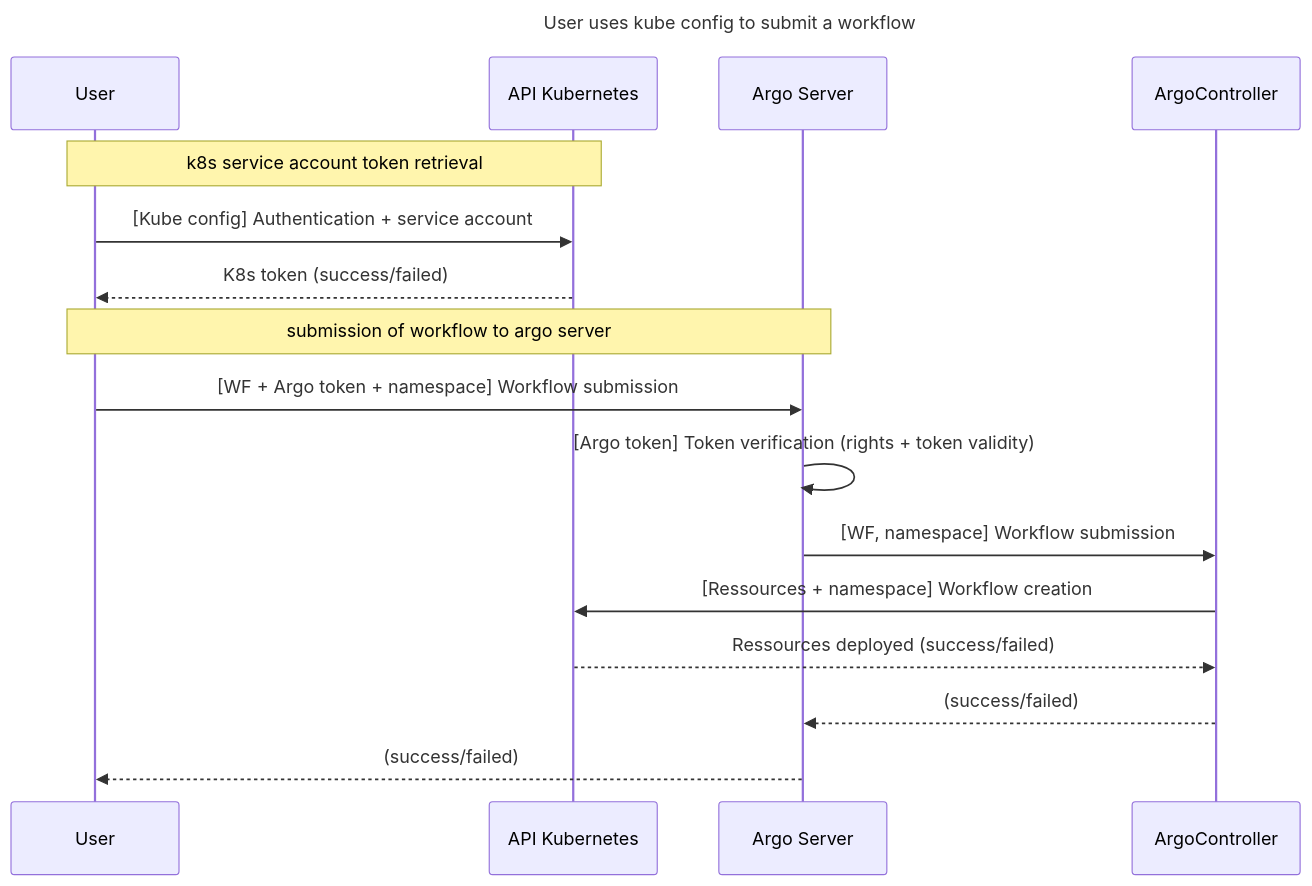
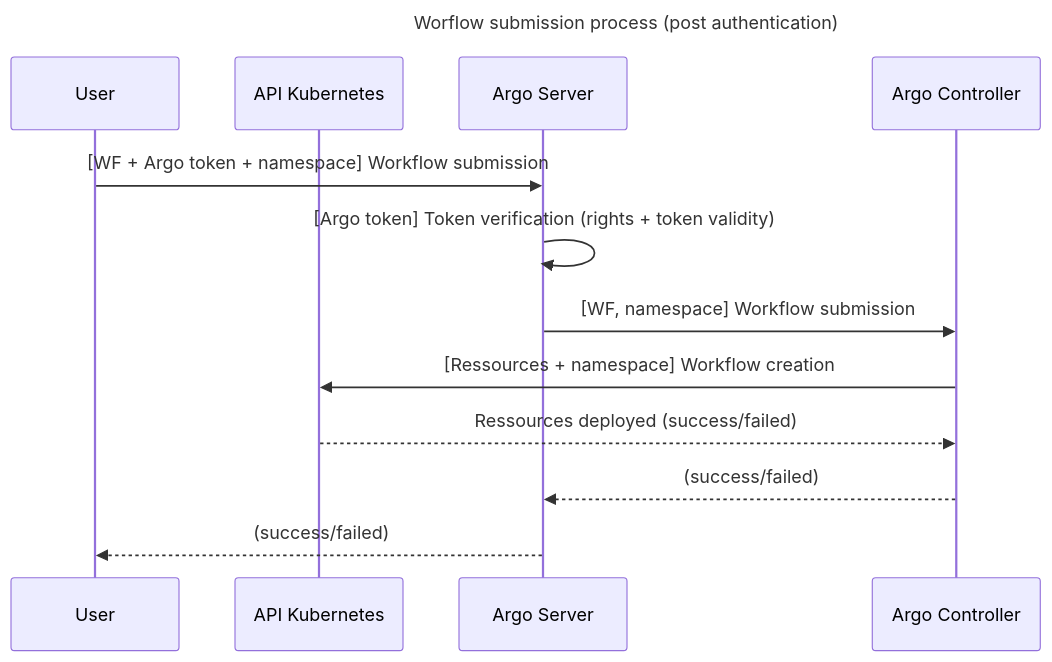
The sixth of 6 diagrams in README.md (VCityTeam/hera_utils), drawn with Mermaid before and after one commit. The commit also changed other lines of this file, not shown here.

````diff
--- a/README.md
+++ b/README.md
@@ -406,22 +450,17 @@
 ```mermaid
 sequenceDiagram
-    title User uses kube config to submit a workflow
+    title Worflow submission process (post authentication)
     participant User
     participant KubeAPI as API Kubernetes
     participant ArgoServer as Argo Server
+    participant ArgoController as Argo Controller
 
-    Note over User,KubeAPI: k8s service account token retrieval
-    User->>KubeAPI: [Kube config] Authentication + service account
-    KubeAPI-->>User: K8s token (success/failed)
-
-
-    Note over User,ArgoServer: submission of workflow to argo server
     User->>ArgoServer: [WF + Argo token + namespace] Workflow submission
     ArgoServer->>ArgoServer: [Argo token] Token verification (rights + token validity)
     ArgoServer->>ArgoController: [WF, namespace] Workflow submission
     ArgoController->> KubeAPI: [Ressources + namespace] Workflow creation
     KubeAPI-->>ArgoController: Ressources deployed (success/failed)
     ArgoController-->>ArgoServer: (success/failed)
 
     ArgoServer-->>User: (success/failed)
 ```
````
